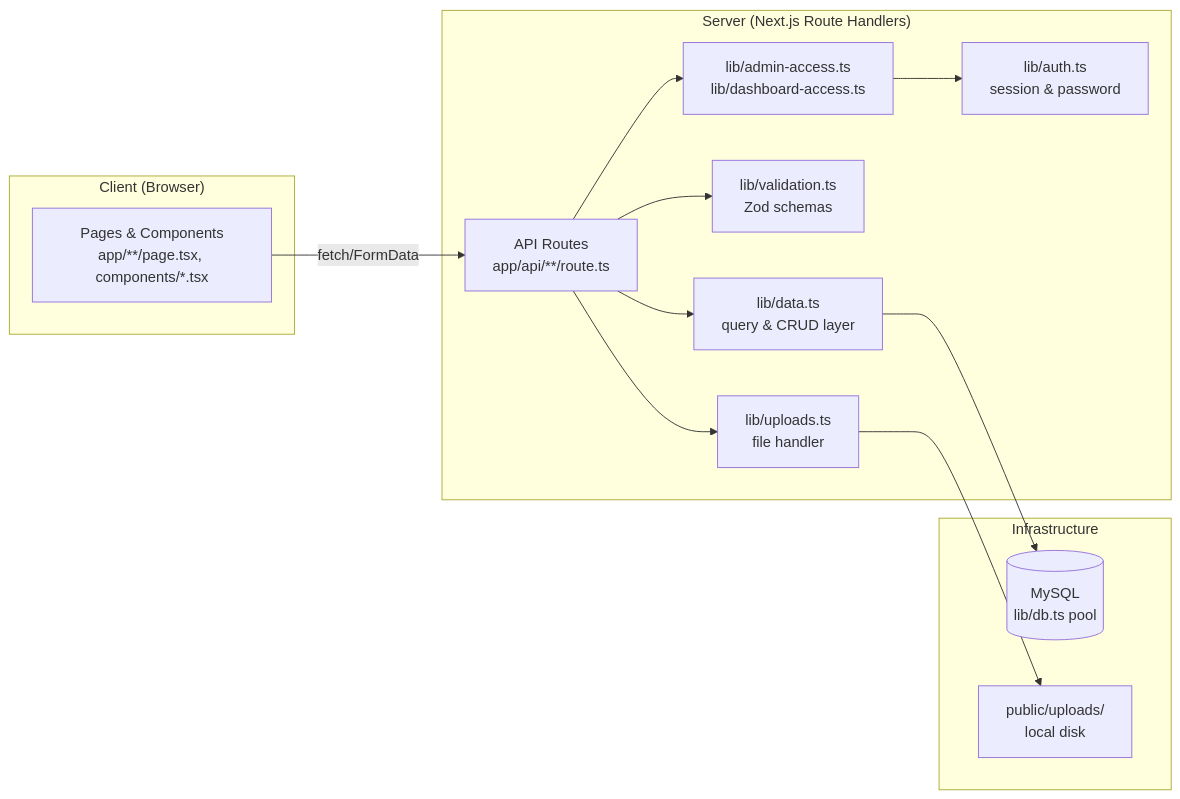
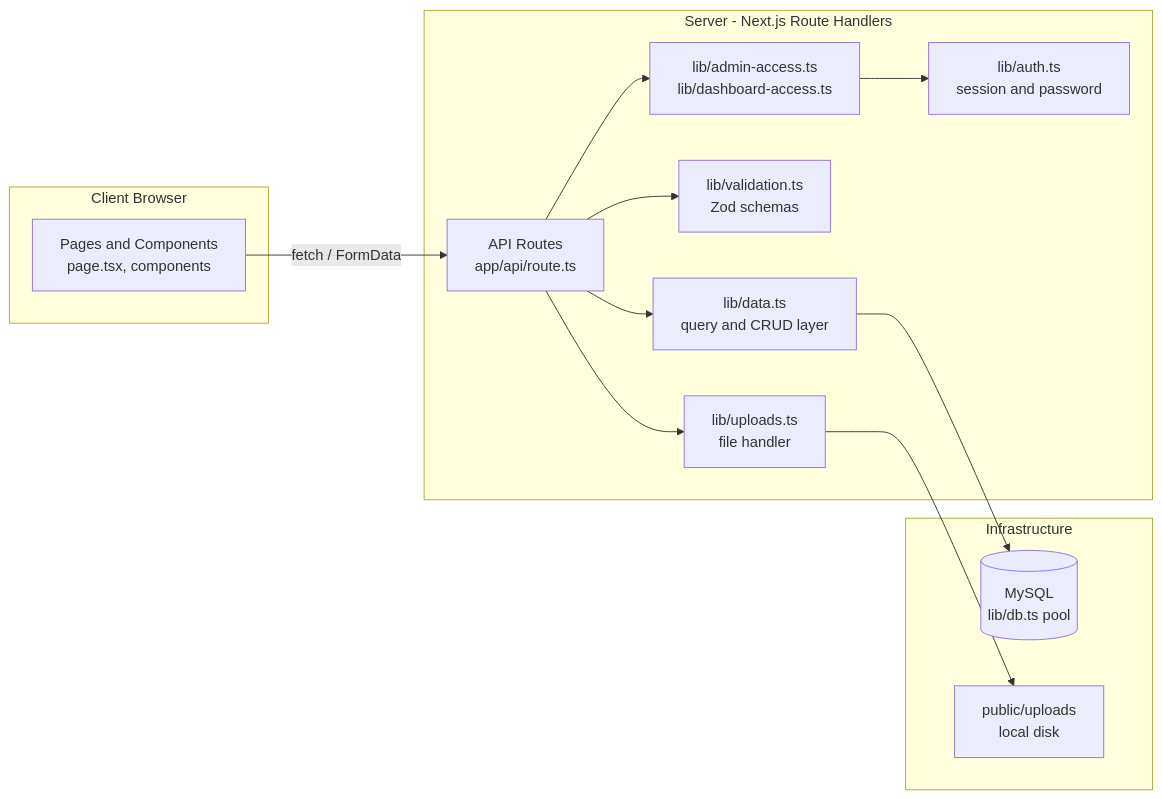
One commit to EzraNahumury/web_ssb changed the second of 7 diagrams in README.md. Above: the diagram before and after it, drawn with Mermaid. The commit also changed other lines of this file, not shown here.

First line of the commit message:
docs: fix mermaid diagram syntax for GitHub rendering

````diff
--- a/README.md
+++ b/README.md
@@ -87,24 +87,24 @@
 ```mermaid
 flowchart LR
-    subgraph Client["Client (Browser)"]
-        UI[Pages & Components<br/>app/**/page.tsx, components/*.tsx]
+    subgraph Client["Client Browser"]
+        UI["Pages and Components<br/>page.tsx, components"]
     end
-    subgraph Server["Server (Next.js Route Handlers)"]
-        API[API Routes<br/>app/api/**/route.ts]
-        AUTH[lib/auth.ts<br/>session & password]
-        ACCESS[lib/admin-access.ts<br/>lib/dashboard-access.ts]
-        VALID[lib/validation.ts<br/>Zod schemas]
-        UPLOAD[lib/uploads.ts<br/>file handler]
-        DATA[lib/data.ts<br/>query & CRUD layer]
+    subgraph Server["Server - Next.js Route Handlers"]
+        API["API Routes<br/>app/api/route.ts"]
+        AUTH["lib/auth.ts<br/>session and password"]
+        ACCESS["lib/admin-access.ts<br/>lib/dashboard-access.ts"]
+        VALID["lib/validation.ts<br/>Zod schemas"]
+        UPLOAD["lib/uploads.ts<br/>file handler"]
+        DATA["lib/data.ts<br/>query and CRUD layer"]
     end
     subgraph Infra["Infrastructure"]
-        DB[(MySQL<br/>lib/db.ts pool)]
-        FS[public/uploads/<br/>local disk]
+        DB[("MySQL<br/>lib/db.ts pool")]
+        FS["public/uploads<br/>local disk"]
     end
 
-    UI -- fetch/FormData --> API
+    UI -- "fetch / FormData" --> API
     API --> ACCESS --> AUTH
     API --> VALID
     API --> UPLOAD --> FS
     API --> DATA --> DB
 ```
````
